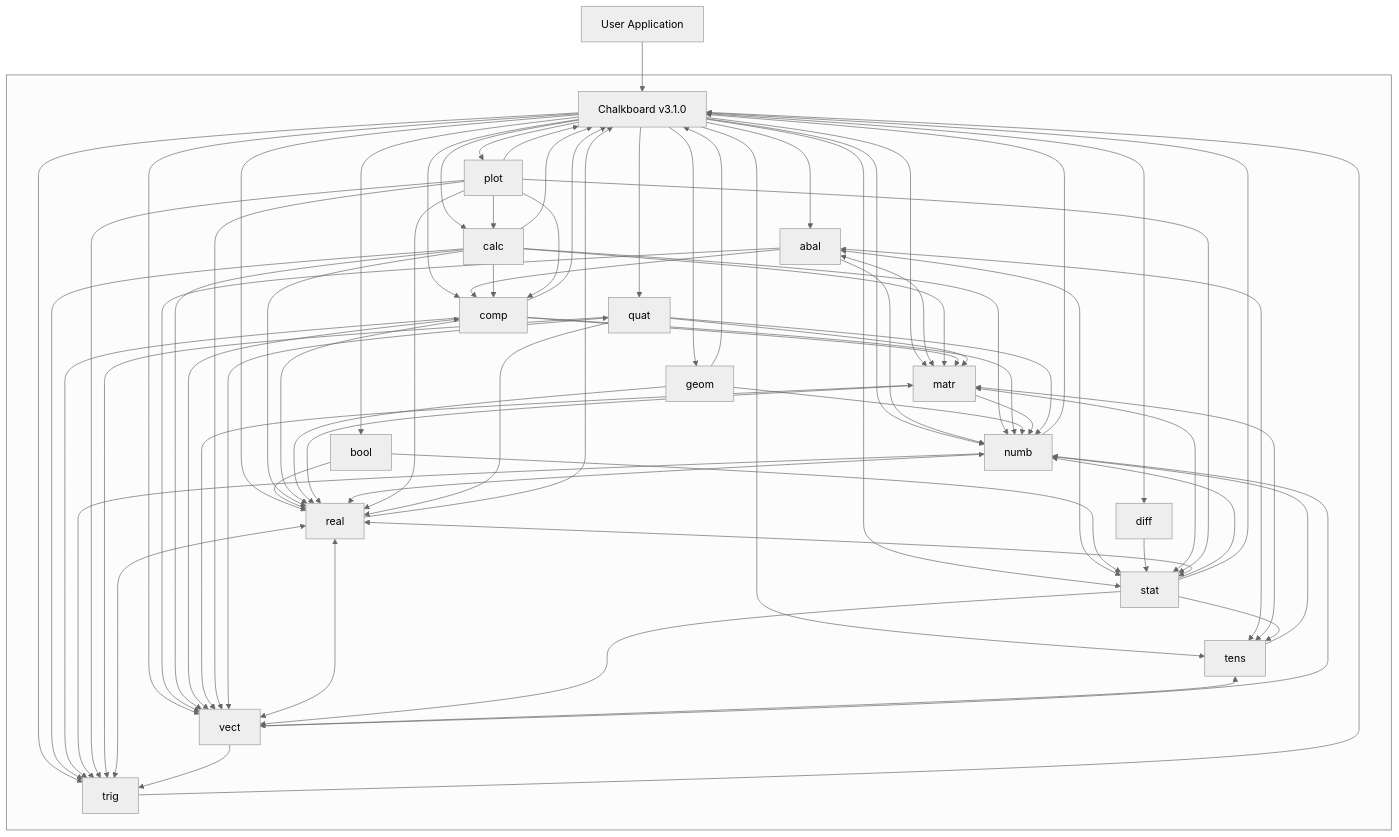
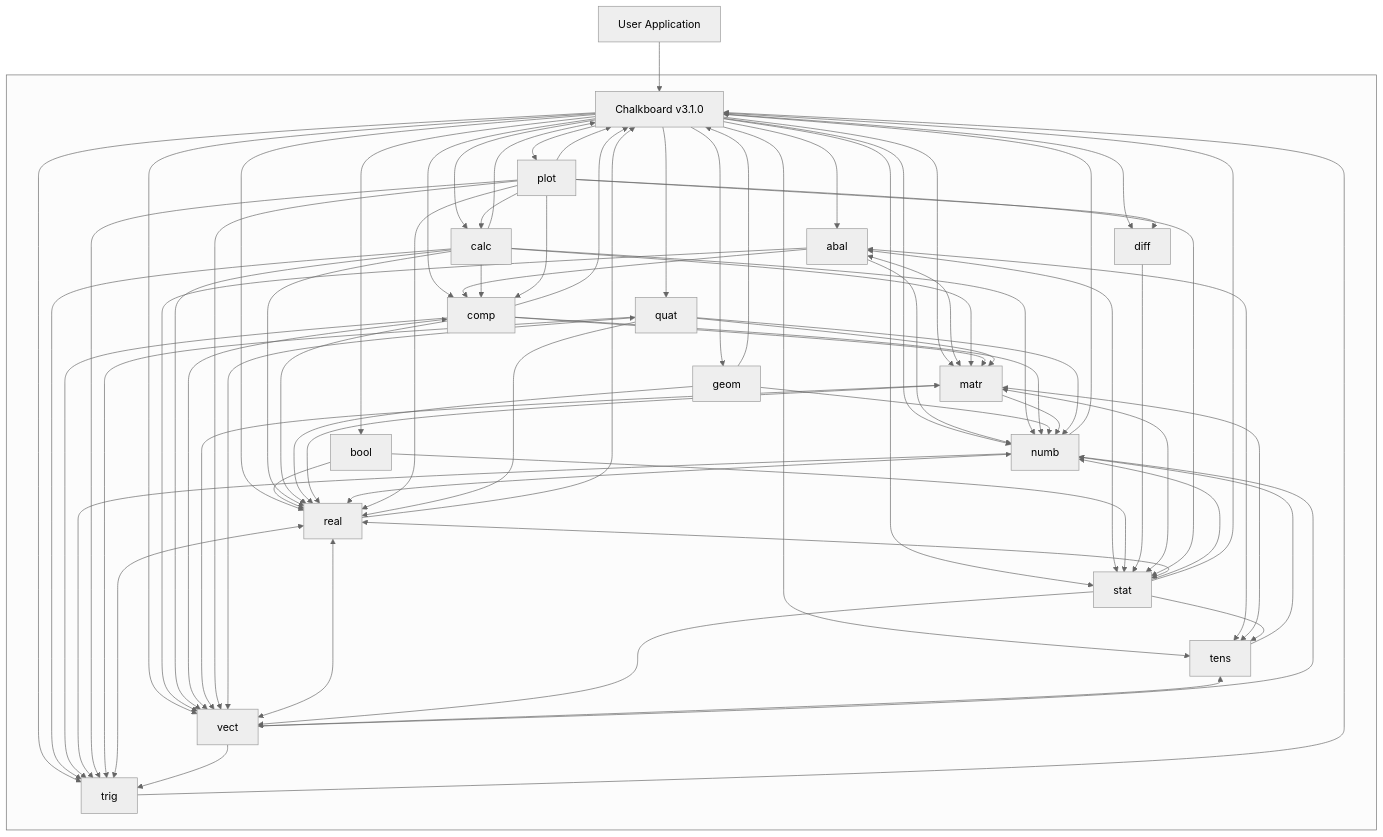
The diagram in ARCHITECTURE.md (Zushah/Chalkboard), drawn with Mermaid (neutral theme) before and after one commit. The commit also changed other lines of this file and 2 other files, not shown here.

First line of the commit message:
feat(plot): add color maps and palettes

```diff
--- a/ARCHITECTURE.md
+++ b/ARCHITECTURE.md
@@ -122,6 +122,7 @@
         NUMB --> TRIG
         PLOT --> CALC
         PLOT --> COMP
+        PLOT --> DIFF
         PLOT --> REAL
         PLOT --> STAT
         PLOT --> TRIG
```
